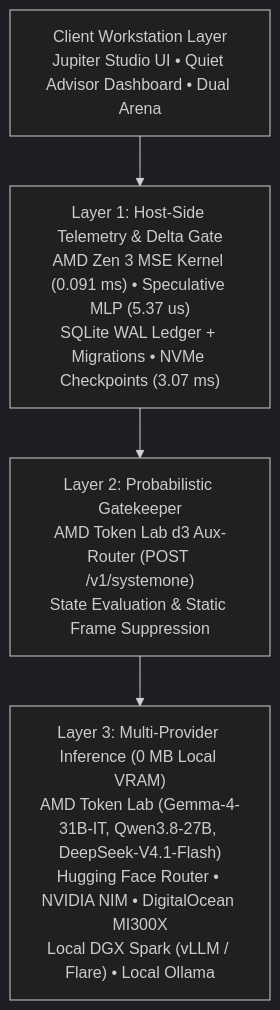
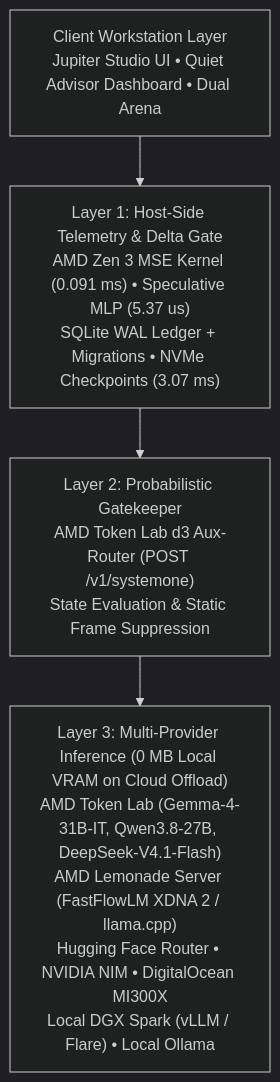
The diagram in README.md (JupiterIsland/memoryos), drawn with Mermaid (dark theme) before and after one commit. The commit also changed other lines of this file and 16 other files, not shown here.

Commit message:
fix(release): ship v1.0.1 — pure-local speculate, Hydra failover, QuietAdvisor UI/IDOR fixes, Lemonade WSL2/Arena polish, MIT LICENSE, 63/63 CI

````diff
--- a/README.md
+++ b/README.md
@@ -118,9 +118,9 @@
 ```mermaid
 flowchart TD
     UI["Client Workstation Layer<br/>Jupiter Studio UI • Quiet Advisor Dashboard • Dual Arena"]
     L1["Layer 1: Host-Side Telemetry &amp; Delta Gate<br/>AMD Zen 3 MSE Kernel (0.091 ms) • Speculative MLP (5.37 us)<br/>SQLite WAL Ledger + Migrations • NVMe Checkpoints (3.07 ms)"]
     L2["Layer 2: Probabilistic Gatekeeper<br/>AMD Token Lab d3 Aux-Router (POST /v1/systemone)<br/>State Evaluation &amp; Static Frame Suppression"]
-    L3["Layer 3: Multi-Provider Inference (0 MB Local VRAM)<br/>AMD Token Lab (Gemma-4-31B-IT, Qwen3.8-27B, DeepSeek-V4.1-Flash)<br/>Hugging Face Router • NVIDIA NIM • DigitalOcean MI300X<br/>Local DGX Spark (vLLM / Flare) • Local Ollama"]
+    L3["Layer 3: Multi-Provider Inference (0 MB Local VRAM on Cloud Offload)<br/>AMD Token Lab (Gemma-4-31B-IT, Qwen3.8-27B, DeepSeek-V4.1-Flash)<br/>AMD Lemonade Server (FastFlowLM XDNA 2 / llama.cpp)<br/>Hugging Face Router • NVIDIA NIM • DigitalOcean MI300X<br/>Local DGX Spark (vLLM / Flare) • Local Ollama"]
 
     UI --> L1 --> L2 --> L3
 ```
````
